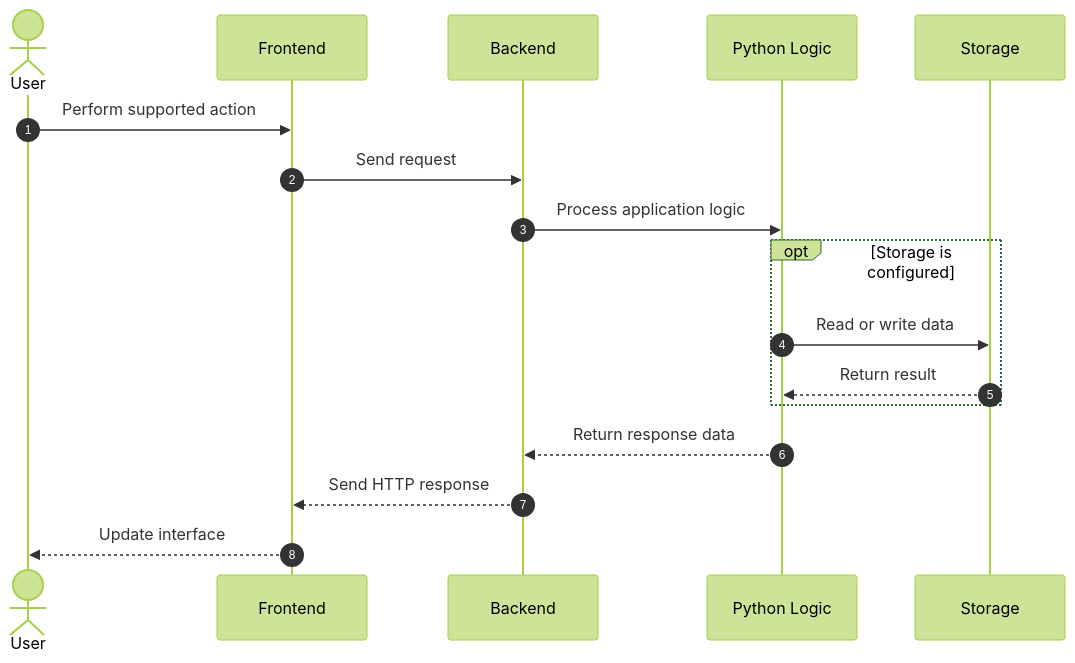
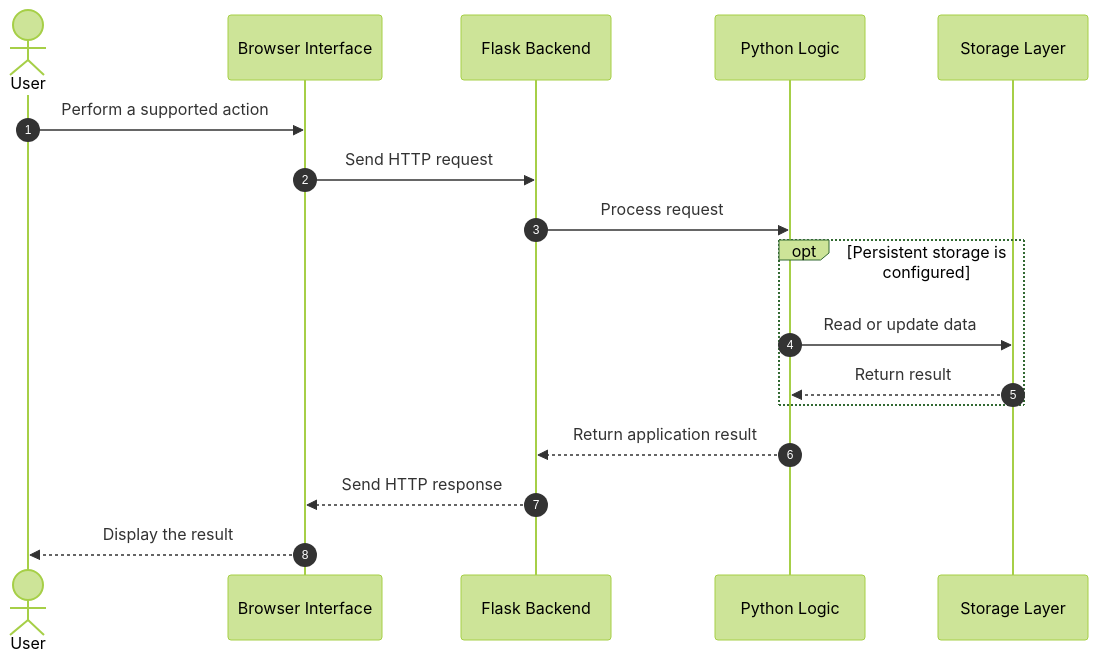
The second of 3 diagrams in README.md (maahii-in/first-pratice-2021), drawn with Mermaid (forest theme) before and after one commit. The commit also changed other lines of this file, not shown here.

````diff
--- a/README.md
+++ b/README.md
@@ -497,20 +522,22 @@
 ```mermaid
 sequenceDiagram
     autonumber
     actor User
-    participant Browser as Frontend
-    participant Flask as Backend
+    participant UI as Browser Interface
+    participant Flask as Flask Backend
     participant Logic as Python Logic
-    participant Store as Storage
+    participant DB as Storage Layer
 
-    User->>Browser: Perform supported action
-    Browser->>Flask: Send request
-    Flask->>Logic: Process application logic
-    opt Storage is configured
-        Logic->>Store: Read or write data
-        Store-->>Logic: Return result
+    User->>UI: Perform a supported action
+    UI->>Flask: Send HTTP request
+    Flask->>Logic: Process request
+
+    opt Persistent storage is configured
+        Logic->>DB: Read or update data
+        DB-->>Logic: Return result
     end
-    Logic-->>Flask: Return response data
-    Flask-->>Browser: Send HTTP response
-    Browser-->>User: Update interface
+
+    Logic-->>Flask: Return application result
+    Flask-->>UI: Send HTTP response
+    UI-->>User: Display the result
 ```
````
